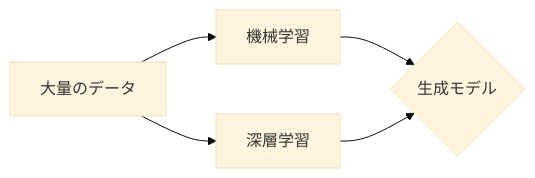
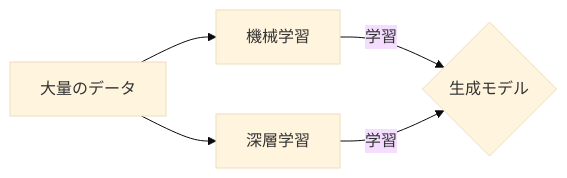
One commit to SparklingDetergent/doc_genai_About_the_origins_and_types_of_generative_AI changed the fifth of 11 diagrams in README.md. Above: the diagram before and after it, drawn with Mermaid (base theme). The commit also changed other lines of this file, not shown here.

````diff
--- a/README.md
+++ b/README.md
@@ -91,5 +91,5 @@
 ```mermaid
 graph LR
-    A[大量のデータ] --> B[機械学習] --> C{生成モデル};
-    A --> D[深層学習] --> C;
+    A[大量のデータ] --> B[機械学習] --> |学習| C{生成モデル};
+    A --> D[深層学習] --> |学習| C;
 ```
````
